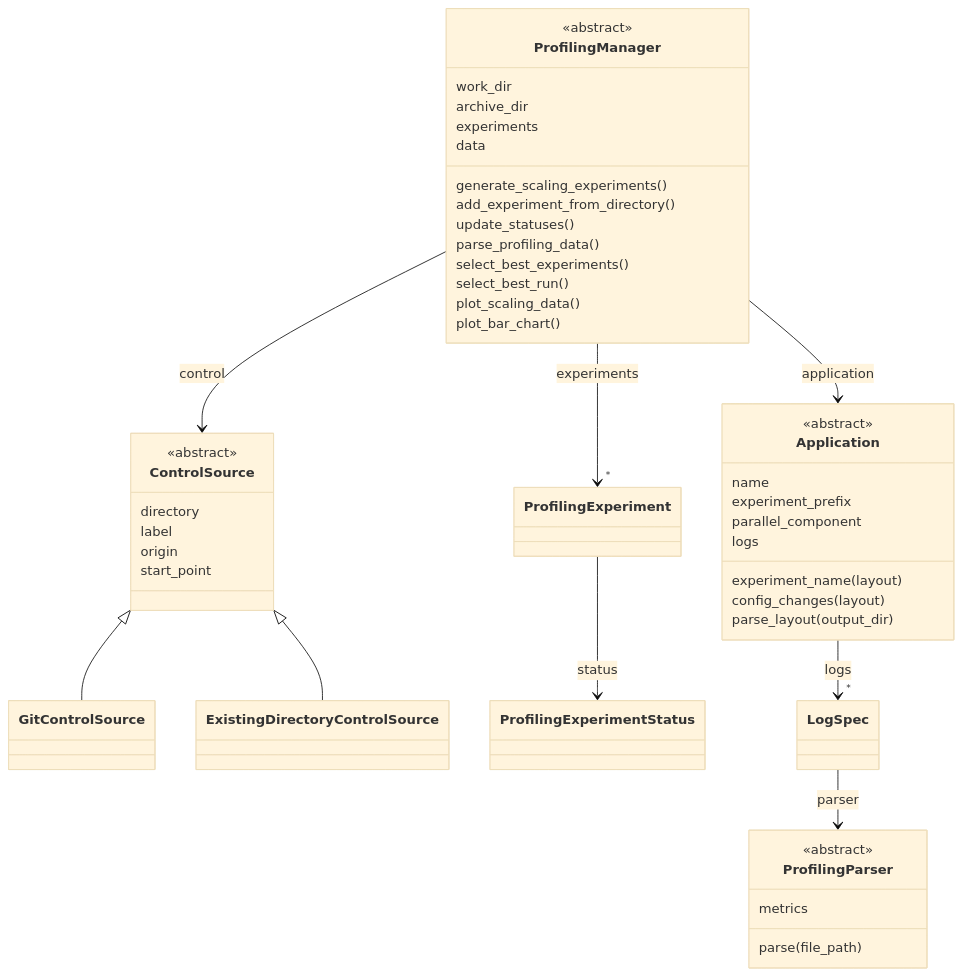
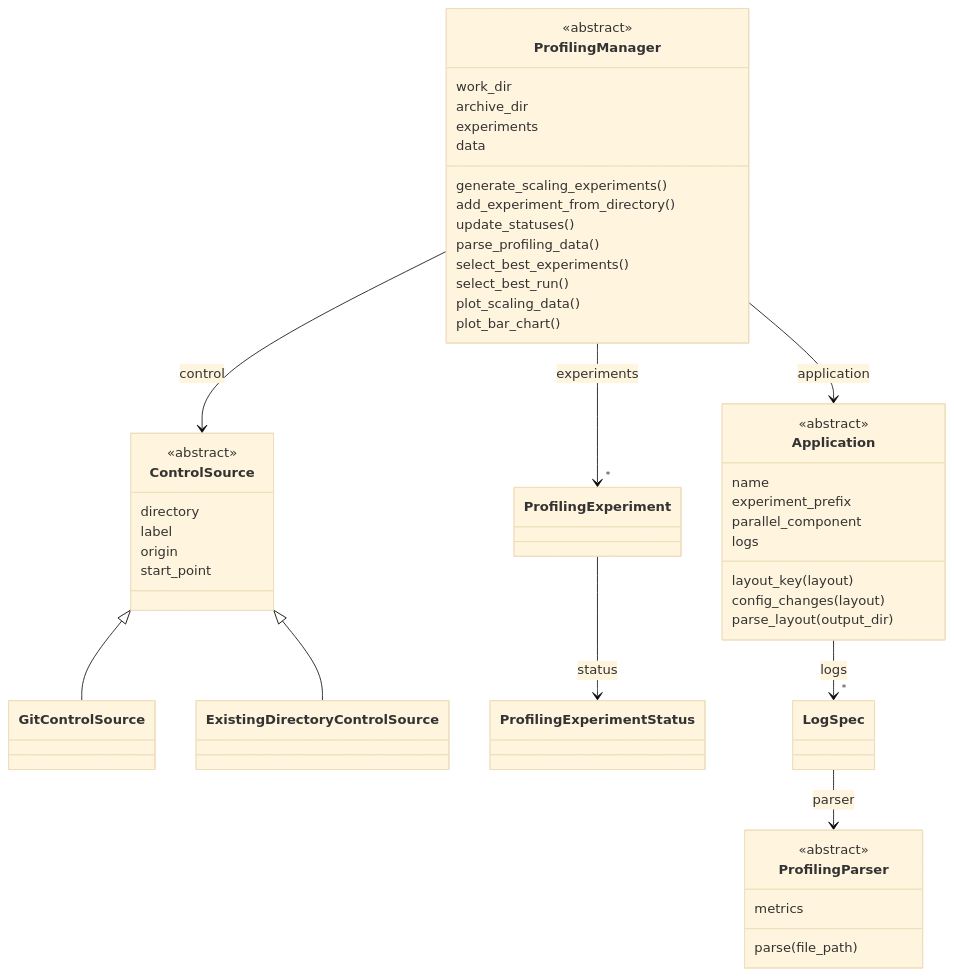
Before and after one commit to ACCESS-NRI/access-profiling: the first of 3 diagrams in documentation/docs/pages/developer-guide/index.md, drawn with Mermaid (base theme). The commit also changed other lines of this file and 33 other files, not shown here.

````diff
--- a/documentation/docs/pages/developer-guide/index.md
+++ b/documentation/docs/pages/developer-guide/index.md
@@ -29,53 +29,53 @@
 ```mermaid
 classDiagram
     direction TB
     class ProfilingManager {
         <<abstract>>
         work_dir
         archive_dir
         experiments
         data
         generate_scaling_experiments()
         add_experiment_from_directory()
         update_statuses()
         parse_profiling_data()
         select_best_experiments()
         select_best_run()
         plot_scaling_data()
         plot_bar_chart()
     }
 
     class Application {
         <<abstract>>
         name
         experiment_prefix
         parallel_component
         logs
-        experiment_name(layout)
+        layout_key(layout)
         config_changes(layout)
         parse_layout(output_dir)
     }
 
     class ControlSource {
         <<abstract>>
         directory
         label
         origin
         start_point
     }
     ControlSource <|-- GitControlSource
     ControlSource <|-- ExistingDirectoryControlSource
 
     class ProfilingParser {
         <<abstract>>
         metrics
         parse(file_path)
     }
 
     ProfilingManager --> Application : application
     ProfilingManager --> ControlSource : control
     ProfilingManager --> "*" ProfilingExperiment : experiments
     ProfilingExperiment --> ProfilingExperimentStatus : status
     Application --> "*" LogSpec : logs
     LogSpec --> ProfilingParser : parser
 ```
````
